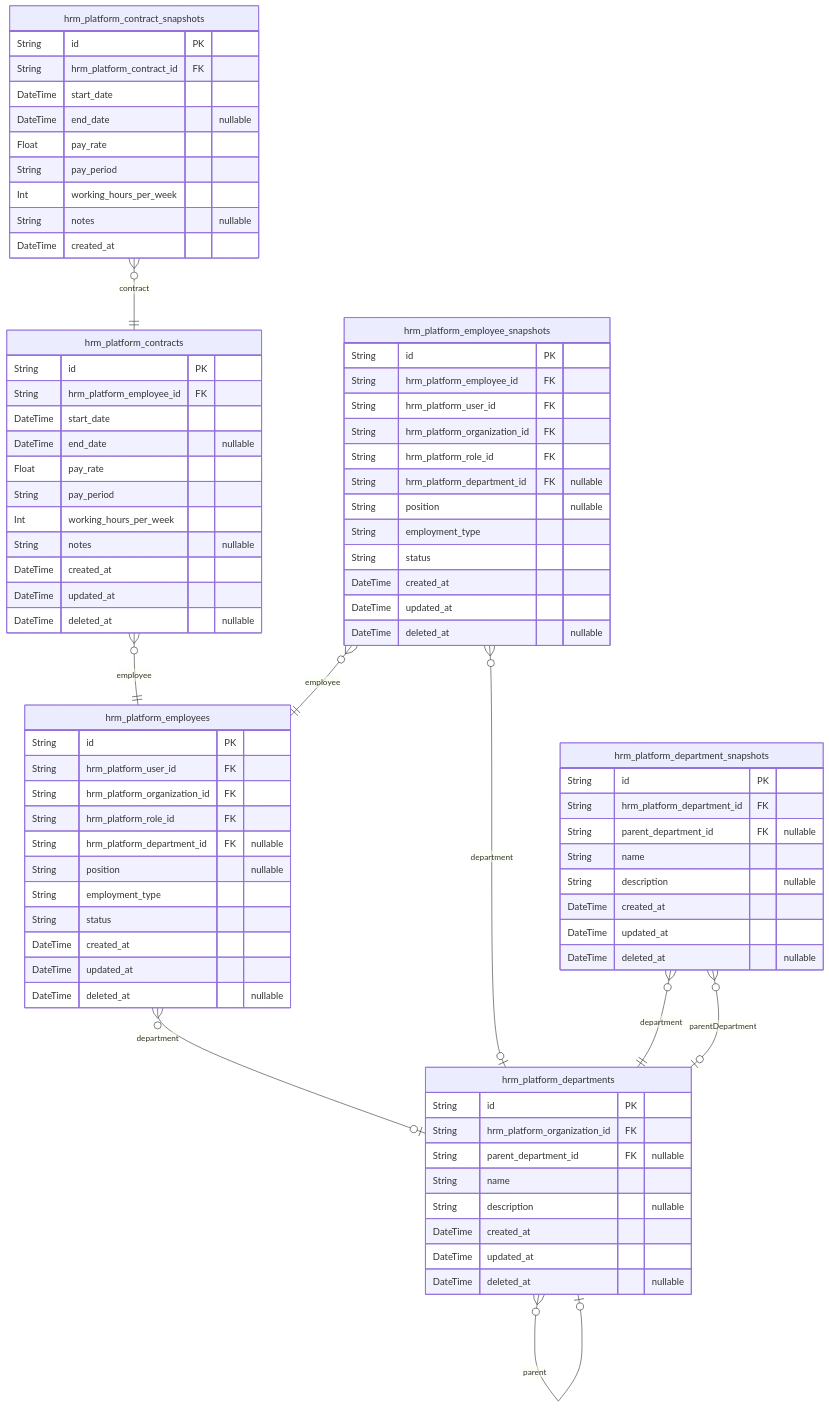
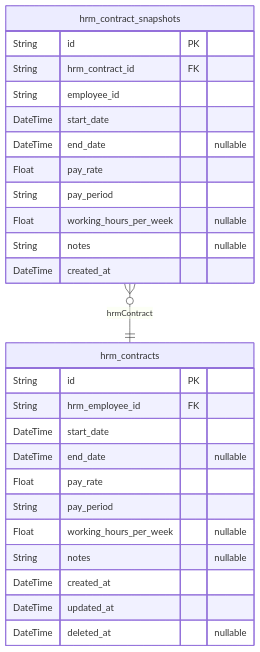
The fifth of 9 diagrams in qwen/qwen3.5-122b-a10b/erp/docs/ERD.md (wrtnlabs/autobe-examples), drawn with Mermaid before and after one commit. The commit also changed other lines of this file and 32093 other files, not shown here.

````diff
--- a/qwen/qwen3.5-122b-a10b/erp/docs/ERD.md
+++ b/qwen/qwen3.5-122b-a10b/erp/docs/ERD.md
@@ -321,82 +1237,29 @@
 ```mermaid
 erDiagram
-"hrm_platform_employees" {
+"hrm_contracts" {
   String id PK
-  String hrm_platform_user_id FK
-  String hrm_platform_organization_id FK
-  String hrm_platform_role_id FK
-  String hrm_platform_department_id FK "nullable"
-  String position "nullable"
-  String employment_type
-  String status
-  DateTime created_at
-  DateTime updated_at
-  DateTime deleted_at "nullable"
-}
-"hrm_platform_departments" {
-  String id PK
-  String hrm_platform_organization_id FK
-  String parent_department_id FK "nullable"
-  String name
-  String description "nullable"
-  DateTime created_at
-  DateTime updated_at
-  DateTime deleted_at "nullable"
-}
-"hrm_platform_contracts" {
-  String id PK
-  String hrm_platform_employee_id FK
+  String hrm_employee_id FK
   DateTime start_date
   DateTime end_date "nullable"
   Float pay_rate
   String pay_period
-  Int working_hours_per_week
+  Float working_hours_per_week "nullable"
   String notes "nullable"
   DateTime created_at
   DateTime updated_at
   DateTime deleted_at "nullable"
 }
-"hrm_platform_employee_snapshots" {
+"hrm_contract_snapshots" {
   String id PK
-  String hrm_platform_employee_id FK
-  String hrm_platform_user_id FK
-  String hrm_platform_organization_id FK
-  String hrm_platform_role_id FK
-  String hrm_platform_department_id FK "nullable"
-  String position "nullable"
-  String employment_type
-  String status
-  DateTime created_at
-  DateTime updated_at
-  DateTime deleted_at "nullable"
-}
-"hrm_platform_department_snapshots" {
-  String id PK
-  String hrm_platform_department_id FK
-  String parent_department_id FK "nullable"
-  String name
-  String description "nullable"
-  DateTime created_at
-  DateTime updated_at
-  DateTime deleted_at "nullable"
-}
-"hrm_platform_contract_snapshots" {
-  String id PK
-  String hrm_platform_contract_id FK
+  String hrm_contract_id FK
+  String employee_id
   DateTime start_date
   DateTime end_date "nullable"
   Float pay_rate
   String pay_period
-  Int working_hours_per_week
+  Float working_hours_per_week "nullable"
   String notes "nullable"
   DateTime created_at
 }
-"hrm_platform_employees" }o--o| "hrm_platform_departments" : department
-"hrm_platform_departments" }o--o| "hrm_platform_departments" : parent
-"hrm_platform_contracts" }o--|| "hrm_platform_employees" : employee
-"hrm_platform_employee_snapshots" }o--|| "hrm_platform_employees" : employee
-"hrm_platform_employee_snapshots" }o--o| "hrm_platform_departments" : department
-"hrm_platform_department_snapshots" }o--|| "hrm_platform_departments" : department
-"hrm_platform_department_snapshots" }o--o| "hrm_platform_departments" : parentDepartment
-"hrm_platform_contract_snapshots" }o--|| "hrm_platform_contracts" : contract
+"hrm_contract_snapshots" }o--|| "hrm_contracts" : hrmContract
 ```
````
